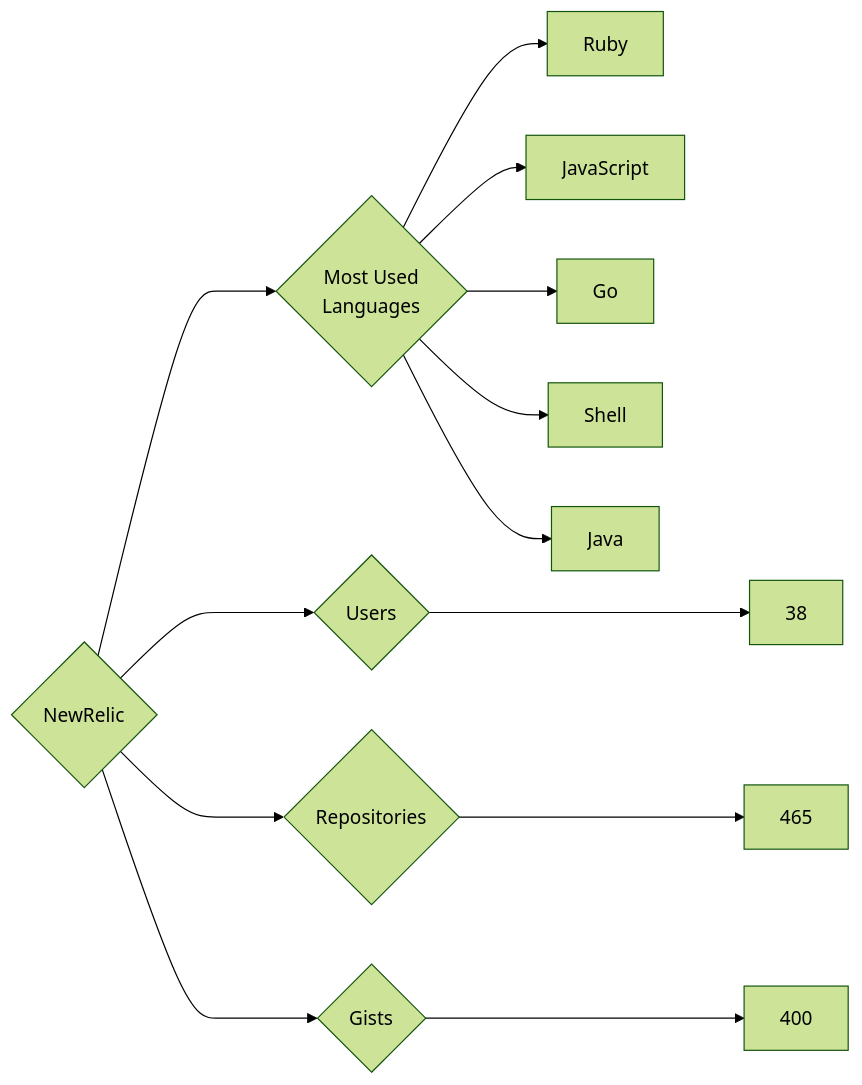
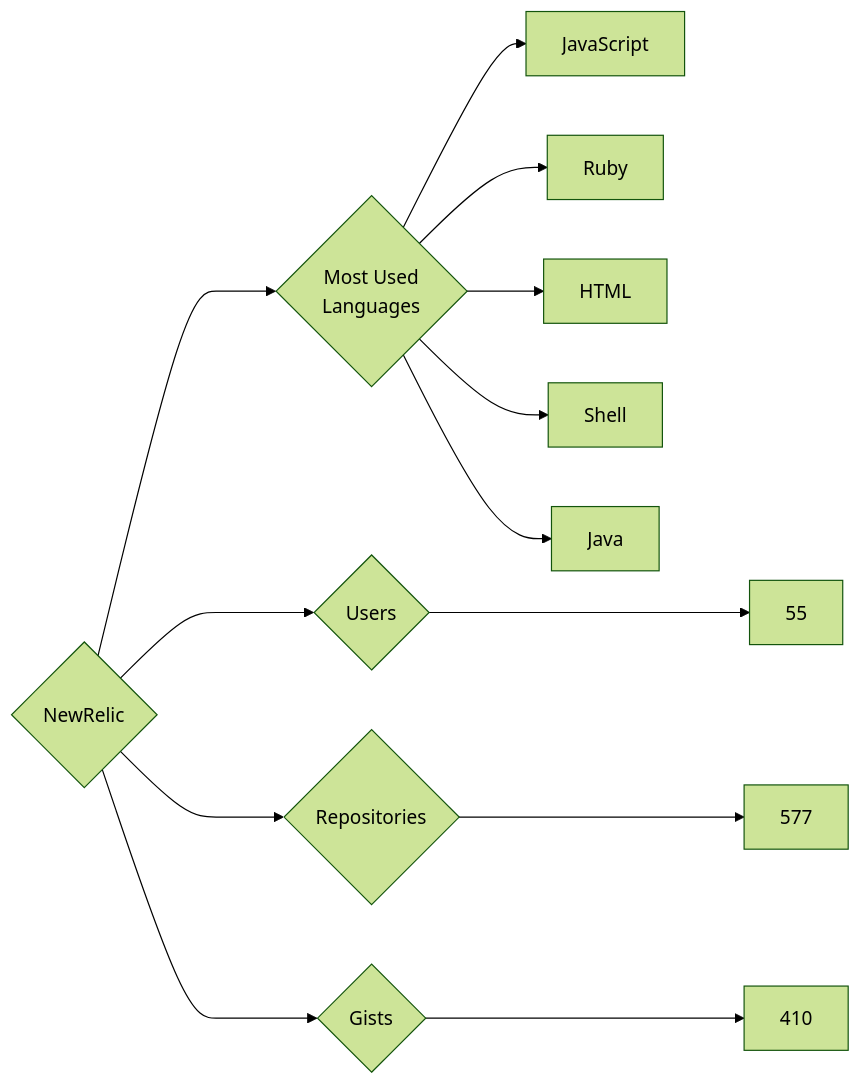
The diagram in targets/NewRelic/README.md (trickest/insiders), drawn with Mermaid (forest theme) before and after one commit. The commit also changed 1696 other files, not shown here.

````diff
--- a/targets/NewRelic/README.md
+++ b/targets/NewRelic/README.md
@@ -3,13 +3,13 @@
 ```mermaid
 graph LR
 COMPANY_NAME{NewRelic}
-COMPANY_NAME ---> U{Users} ---> UN[38]
-COMPANY_NAME ---> R{Repositories} ---> RN[465]
-COMPANY_NAME ---> G{Gists} ---> GN[400]
+COMPANY_NAME ---> U{Users} ---> UN[55]
+COMPANY_NAME ---> R{Repositories} ---> RN[577]
+COMPANY_NAME ---> G{Gists} ---> GN[410]
 COMPANY_NAME ---> ML{Most Used<br>Languages}
+ML --> JavaScript[JavaScript]
 ML --> Ruby[Ruby]
-ML --> JavaScript[JavaScript]
-ML --> Go[Go]
+ML --> HTML[HTML]
 ML --> Shell[Shell]
 ML --> Java[Java]
 ```
````
